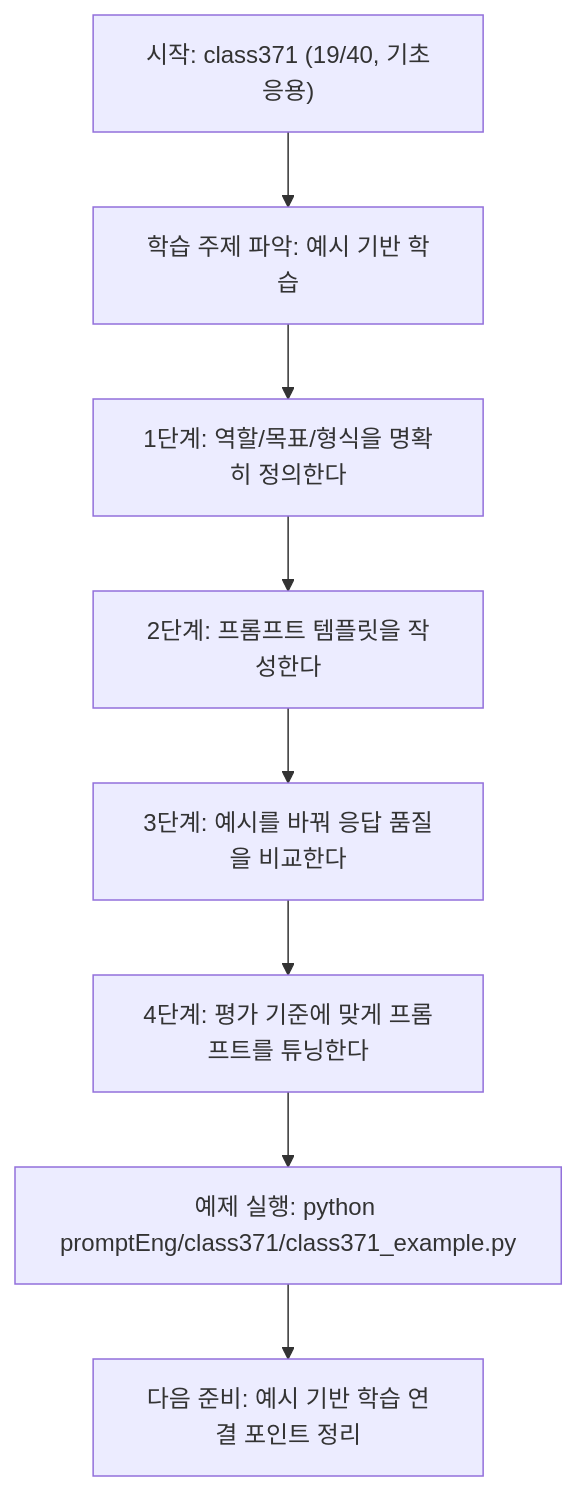
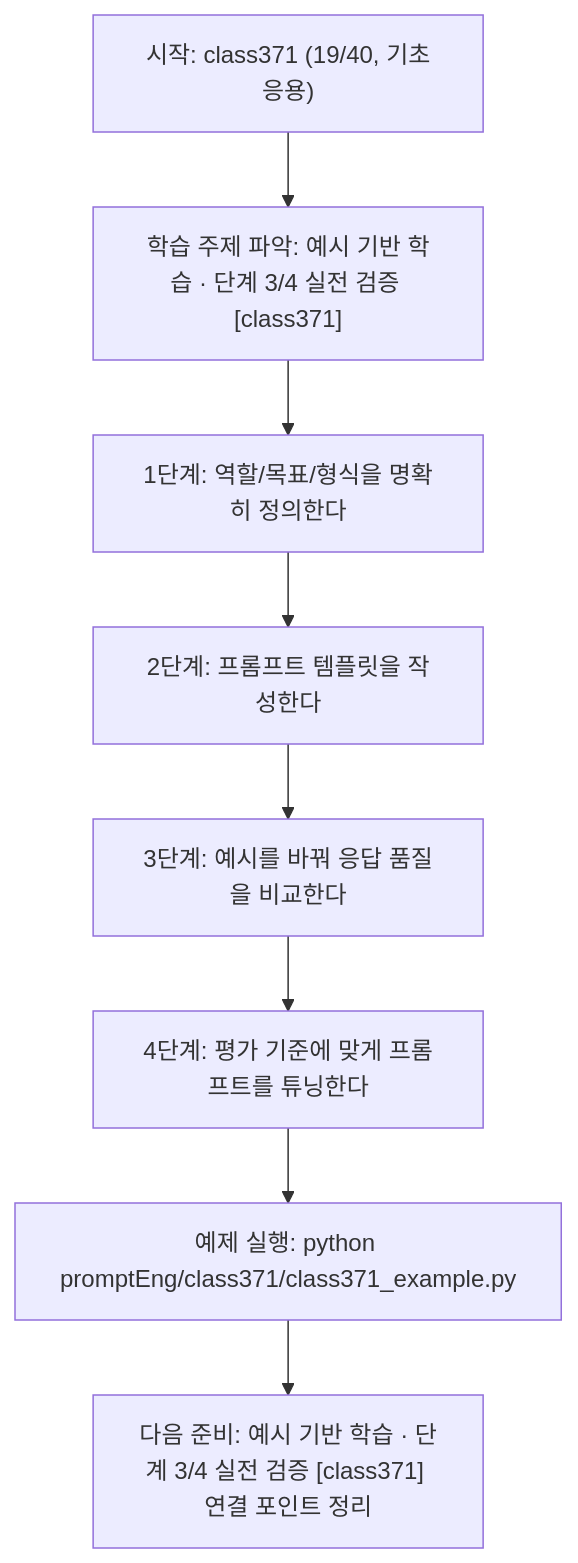
One commit to edumgt/Python-AI_Agent-Class changed the diagram in promptEng/class371/class371.md. Above: the diagram before and after it, drawn with Mermaid. The commit also changed other lines of this file and 522 other files, not shown here.

````diff
--- a/promptEng/class371/class371.md
+++ b/promptEng/class371/class371.md
@@ -109,18 +110,18 @@
 ```mermaid
 flowchart TD
 N1["시작: class371 (19/40, 기초응용)"]
-N2["학습 주제 파악: 예시 기반 학습"]
+N2["학습 주제 파악: 예시 기반 학습 · 단계 3/4 실전 검증 [class371]"]
 N3["1단계: 역할/목표/형식을 명확히 정의한다"]
 N4["2단계: 프롬프트 템플릿을 작성한다"]
 N5["3단계: 예시를 바꿔 응답 품질을 비교한다"]
 N6["4단계: 평가 기준에 맞게 프롬프트를 튜닝한다"]
 N7["예제 실행: python promptEng/class371/class371_example.py"]
-N8["다음 준비: 예시 기반 학습 연결 포인트 정리"]
+N8["다음 준비: 예시 기반 학습 · 단계 3/4 실전 검증 [class371] 연결 포인트 정리"]
 N1 --> N2
 N2 --> N3
 N3 --> N4
 N4 --> N5
 N5 --> N6
 N6 --> N7
 N7 --> N8
 ```
````
